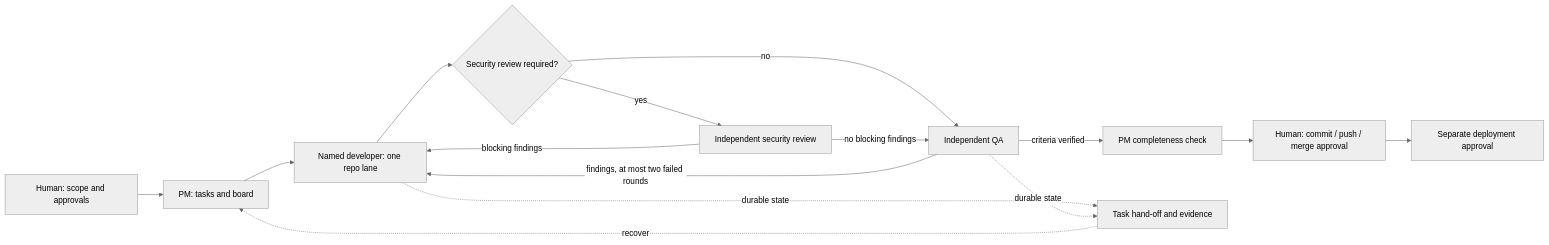
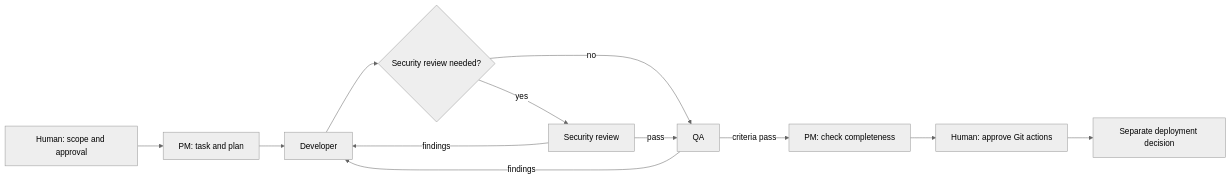
Before and after one commit to ferhatcore/claude-codex-project-os: the diagram in README.md, drawn with Mermaid (neutral theme). The commit also changed other lines of this file and 8 other files, not shown here.

````diff
--- a/README.md
+++ b/README.md
@@ -47,17 +44,14 @@
 ```mermaid
 flowchart LR
-    H[Human: scope and approvals] --> PM[PM: tasks and board]
-    PM --> D[Named developer: one repo lane]
-    D --> S{Security review required?}
-    S -->|yes| SEC[Independent security review]
-    S -->|no| Q[Independent QA]
-    SEC -->|no blocking findings| Q
-    SEC -->|blocking findings| D
-    Q -->|findings, at most two failed rounds| D
-    Q -->|criteria verified| C[PM completeness check]
-    C --> G[Human: commit / push / merge approval]
-    G --> R[Separate deployment approval]
-    D -. durable state .-> F[Task hand-off and evidence]
-    Q -. durable state .-> F
-    F -. recover .-> PM
+    H[Human: scope and approval] --> PM[PM: task and plan]
+    PM --> D[Developer]
+    D --> S{Security review needed?}
+    S -->|yes| R[Security review]
+    S -->|no| Q[QA]
+    R -->|pass| Q
+    R -->|findings| D
+    Q -->|findings| D
+    Q -->|criteria pass| C[PM: check completeness]
+    C --> A[Human: approve Git actions]
+    A --> P[Separate deployment decision]
 ```
````
